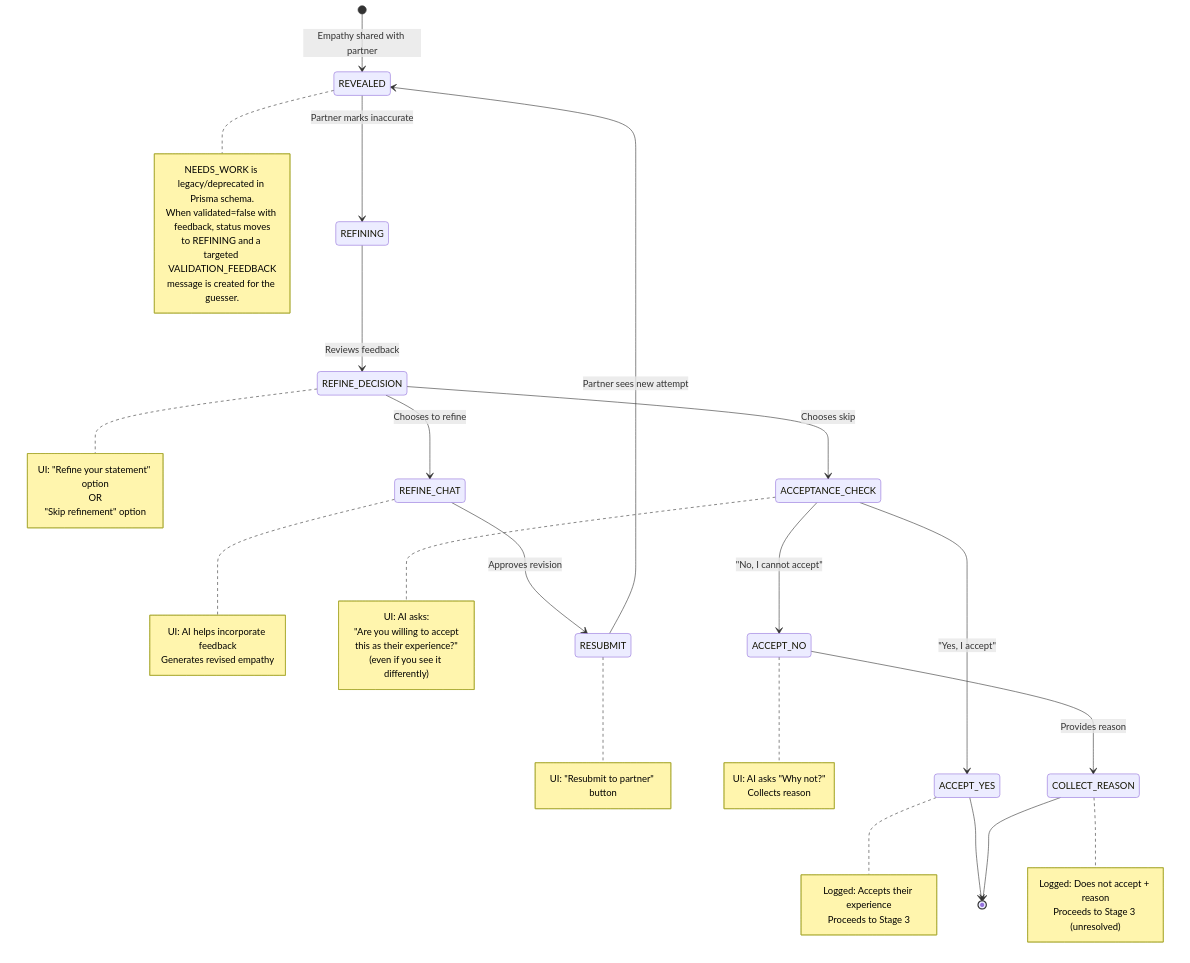
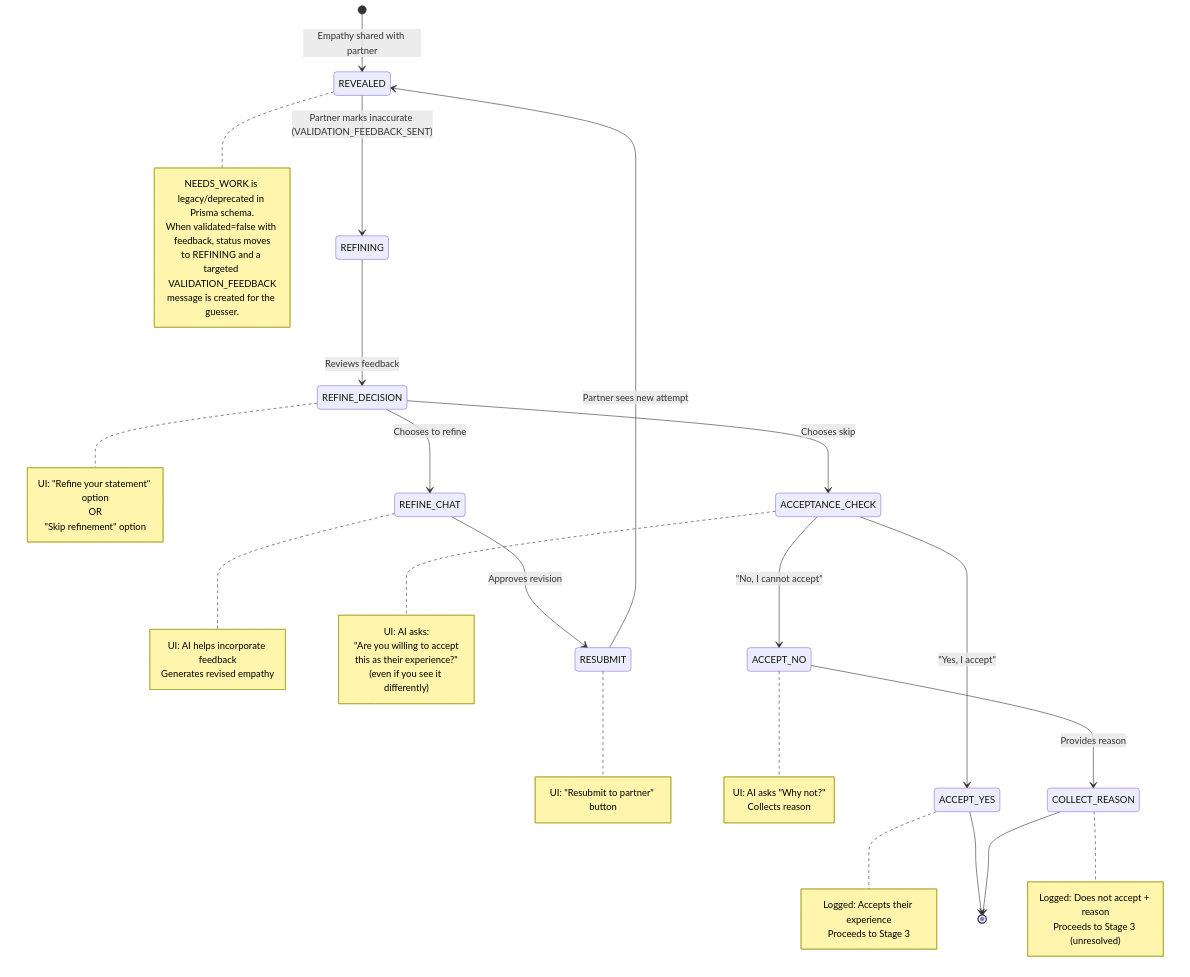
One commit to shantamg/meet-without-fear changed diagram 12 of 14 in docs/diagrams/reconciler-paths.md. Above: the diagram before and after it, drawn with Mermaid. The commit also changed 9 other files, not shown here.

Commit message:
sync validation feedback state transition

````diff
--- a/docs/diagrams/reconciler-paths.md
+++ b/docs/diagrams/reconciler-paths.md
@@ -508,52 +508,52 @@
 ```mermaid
 stateDiagram-v2
     [*] --> REVEALED: Empathy shared with partner
 
-    REVEALED --> REFINING: Partner marks inaccurate
+    REVEALED --> REFINING: Partner marks inaccurate (VALIDATION_FEEDBACK_SENT)
     note right of REVEALED
         NEEDS_WORK is legacy/deprecated in Prisma schema.
         When validated=false with feedback, status moves
         to REFINING and a targeted VALIDATION_FEEDBACK
         message is created for the guesser.
     end note
 
     REFINING --> REFINE_DECISION: Reviews feedback
     note right of REFINE_DECISION
         UI: "Refine your statement" option<br/>OR<br/>"Skip refinement" option
     end note
 
     REFINE_DECISION --> REFINE_CHAT: Chooses to refine
     note right of REFINE_CHAT
         UI: AI helps incorporate feedback<br/>Generates revised empathy
     end note
 
     REFINE_CHAT --> RESUBMIT: Approves revision
     note right of RESUBMIT
         UI: "Resubmit to partner" button
     end note
 
     RESUBMIT --> REVEALED: Partner sees new attempt
 
     REFINE_DECISION --> ACCEPTANCE_CHECK: Chooses skip
     note right of ACCEPTANCE_CHECK
         UI: AI asks:<br/>"Are you willing to accept<br/>this as their experience?"<br/>(even if you see it differently)
     end note
 
     ACCEPTANCE_CHECK --> ACCEPT_YES: "Yes, I accept"
     note right of ACCEPT_YES
         Logged: Accepts their experience<br/>Proceeds to Stage 3
     end note
 
     ACCEPTANCE_CHECK --> ACCEPT_NO: "No, I cannot accept"
     note right of ACCEPT_NO
         UI: AI asks "Why not?"<br/>Collects reason
     end note
 
     ACCEPT_NO --> COLLECT_REASON: Provides reason
     note right of COLLECT_REASON
         Logged: Does not accept + reason<br/>Proceeds to Stage 3 (unresolved)
     end note
 
     ACCEPT_YES --> [*]
     COLLECT_REASON --> [*]
 ```
````
